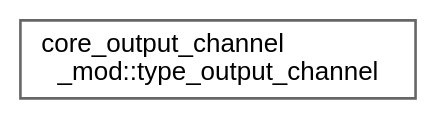
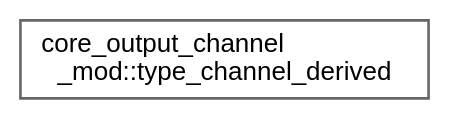
Before and after one commit to mayhl/FUNWAVE-TVD: the diagram in release/v4.0-beta/inherit_graph_14.dot, drawn with Graphviz. The commit also changed 113 other files, not shown here.

```diff
--- a/release/v4.0-beta/inherit_graph_14.dot
+++ b/release/v4.0-beta/inherit_graph_14.dot
@@ -1,9 +1,9 @@
 digraph "Graphical Class Hierarchy"
 {
  // LATEX_PDF_SIZE
   bgcolor="transparent";
   edge [fontname=Helvetica,fontsize=10,labelfontname=Helvetica,labelfontsize=10];
   node [fontname=Helvetica,fontsize=10,shape=box,height=0.2,width=0.4];
   rankdir="LR";
-  Node0 [id="Node000000",label="core_output_channel\l_mod::type_output_channel",height=0.2,width=0.4,color="grey40", fillcolor="white", style="filled",URL="$structcore__output__channel__mod_1_1type__output__channel.html",tooltip=" "];
+  Node0 [id="Node000000",label="core_output_channel\l_mod::type_channel_derived",height=0.2,width=0.4,color="grey40", fillcolor="white", style="filled",URL="$structcore__output__channel__mod_1_1type__channel__derived.html",tooltip=" "];
 }
```
